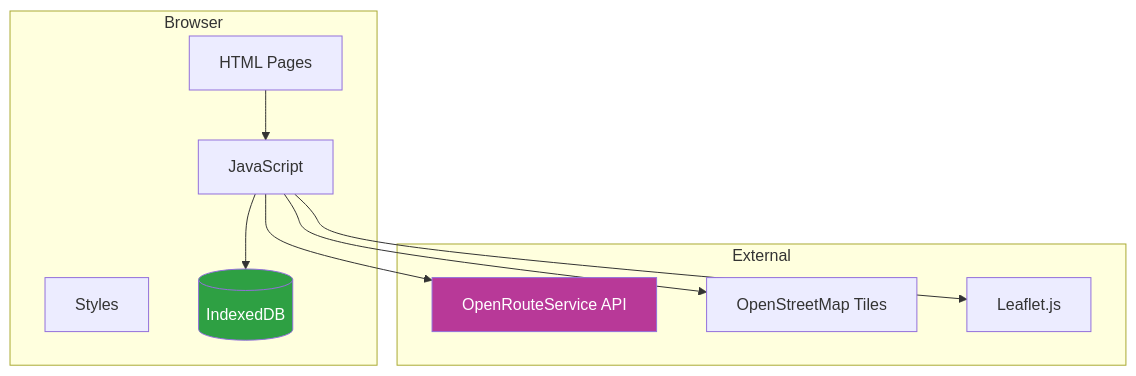
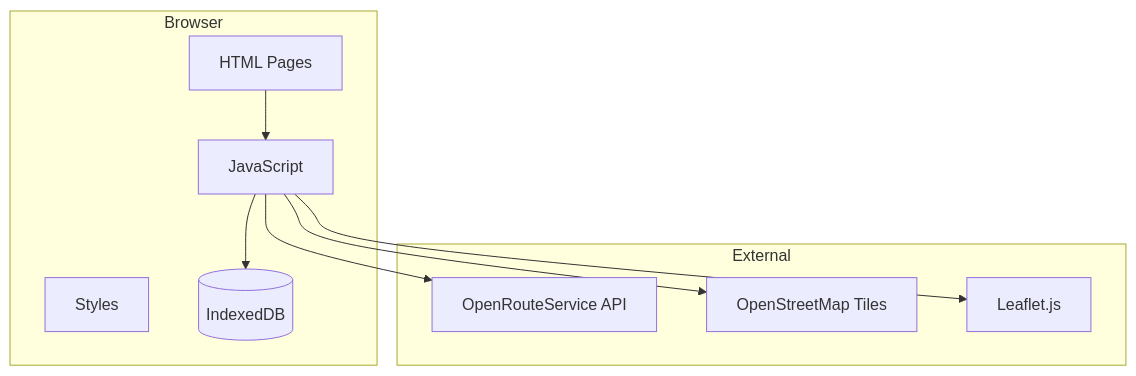
One commit to LocationMind/trajectory_gen_app changed the first of 2 diagrams in README.md. Above: the diagram before and after it, drawn with Mermaid. The commit also changed other lines of this file, not shown here.

````diff
--- a/README.md
+++ b/README.md
@@ -50,24 +163,21 @@
 ```mermaid
 graph TB
     subgraph Browser
         HTML[HTML Pages]
         JS[JavaScript]
         CSS[Styles]
         IDB[(IndexedDB)]
     end
     
     subgraph External
         ORS[OpenRouteService API]
         OSM[OpenStreetMap Tiles]
         LEAFLET[Leaflet.js]
     end
     
     HTML --> JS
     JS --> IDB
     JS --> ORS
     JS --> OSM
     JS --> LEAFLET
-    
-    style IDB fill:#2ea043,color:#fff
-    style ORS fill:#b83998,color:#fff
 ```
````
